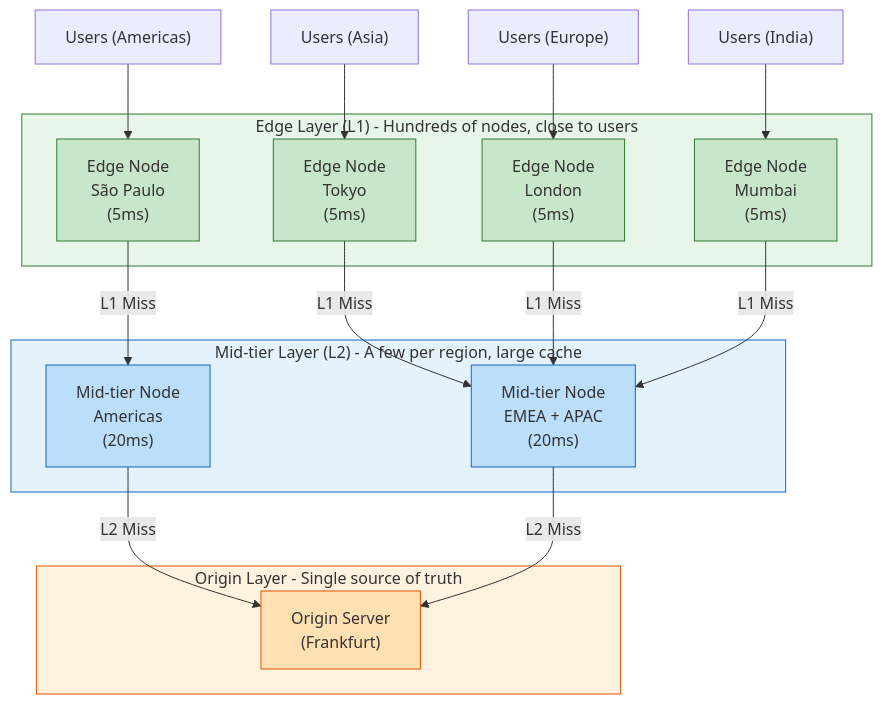
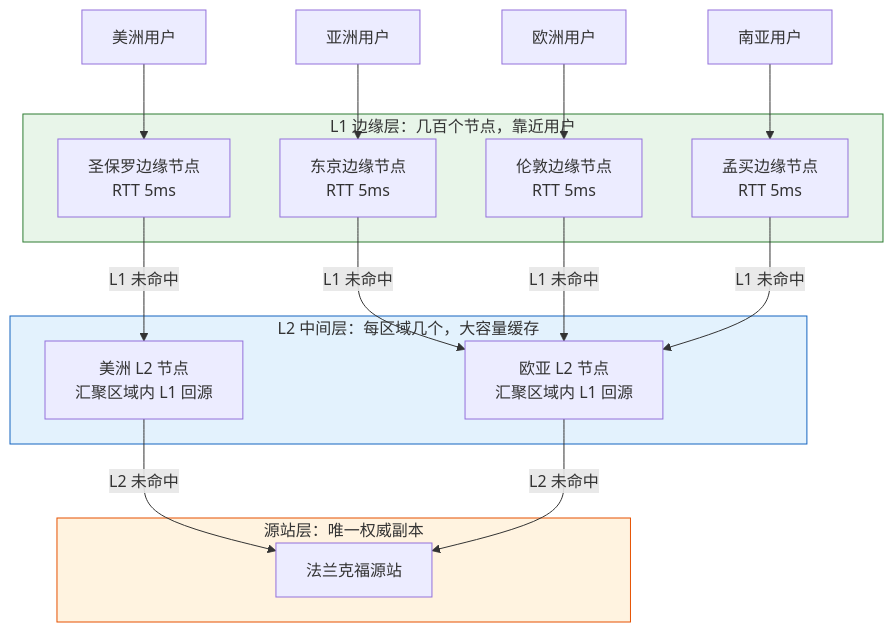
One commit to caozhiyi/network-book changed the second of 4 diagrams in docs/25.把内容推到用户身边CDN与边缘节点.md. Above: the diagram before and after it, drawn with Mermaid. The commit also changed other lines of this file and 36 other files, not shown here.

````diff
--- a/docs/25.把内容推到用户身边CDN与边缘节点.md
+++ b/docs/25.把内容推到用户身边CDN与边缘节点.md
@@ -78,42 +66,35 @@
 ```mermaid
 graph TD
-    subgraph L1["Edge Layer (L1) - Hundreds of nodes, close to users"]
-        E1["Edge Node<br/>São Paulo<br/>(5ms)"]
-        E2["Edge Node<br/>Tokyo<br/>(5ms)"]
-        E3["Edge Node<br/>London<br/>(5ms)"]
-        E4["Edge Node<br/>Mumbai<br/>(5ms)"]
+    subgraph L1["L1 边缘层：几百个节点，靠近用户"]
+        E1["圣保罗边缘节点<br/>RTT 5ms"]
+        E2["东京边缘节点<br/>RTT 5ms"]
+        E3["伦敦边缘节点<br/>RTT 5ms"]
+        E4["孟买边缘节点<br/>RTT 5ms"]
     end
 
-    subgraph L2["Mid-tier Layer (L2) - A few per region, large cache"]
-        M1["Mid-tier Node<br/>Americas<br/>(20ms)"]
-        M2["Mid-tier Node<br/>EMEA + APAC<br/>(20ms)"]
+    subgraph L2["L2 中间层：每区域几个，大容量缓存"]
+        M1["美洲 L2 节点<br/>汇聚区域内 L1 回源"]
+        M2["欧亚 L2 节点<br/>汇聚区域内 L1 回源"]
     end
 
-    subgraph ORIGIN["Origin Layer - Single source of truth"]
-        O["Origin Server<br/>(Frankfurt)"]
+    subgraph 源站层["源站层：唯一权威副本"]
+        O["法兰克福源站"]
     end
 
-    U1["Users (Americas)"] --> E1
-    U2["Users (Asia)"] --> E2
-    U3["Users (Europe)"] --> E3
-    U4["Users (India)"] --> E4
+    U1["美洲用户"] --> E1
+    U2["亚洲用户"] --> E2
+    U3["欧洲用户"] --> E3
+    U4["南亚用户"] --> E4
 
-    E1 -->|"L1 Miss"| M1
-    E2 -->|"L1 Miss"| M2
-    E3 -->|"L1 Miss"| M2
-    E4 -->|"L1 Miss"| M2
+    E1 -->|"L1 未命中"| M1
+    E2 -->|"L1 未命中"| M2
+    E3 -->|"L1 未命中"| M2
+    E4 -->|"L1 未命中"| M2
 
-    M1 -->|"L2 Miss"| O
-    M2 -->|"L2 Miss"| O
+    M1 -->|"L2 未命中"| O
+    M2 -->|"L2 未命中"| O
 
     style L1 fill:#e8f5e9,stroke:#2e7d32
     style L2 fill:#e3f2fd,stroke:#1565c0
-    style ORIGIN fill:#fff3e0,stroke:#e65100
-    style E1 fill:#c8e6c9,stroke:#2e7d32
-    style E2 fill:#c8e6c9,stroke:#2e7d32
-    style E3 fill:#c8e6c9,stroke:#2e7d32
-    style E4 fill:#c8e6c9,stroke:#2e7d32
-    style M1 fill:#bbdefb,stroke:#1565c0
-    style M2 fill:#bbdefb,stroke:#1565c0
-    style O fill:#ffe0b2,stroke:#e65100
+    style 源站层 fill:#fff3e0,stroke:#e65100
 ```
````
